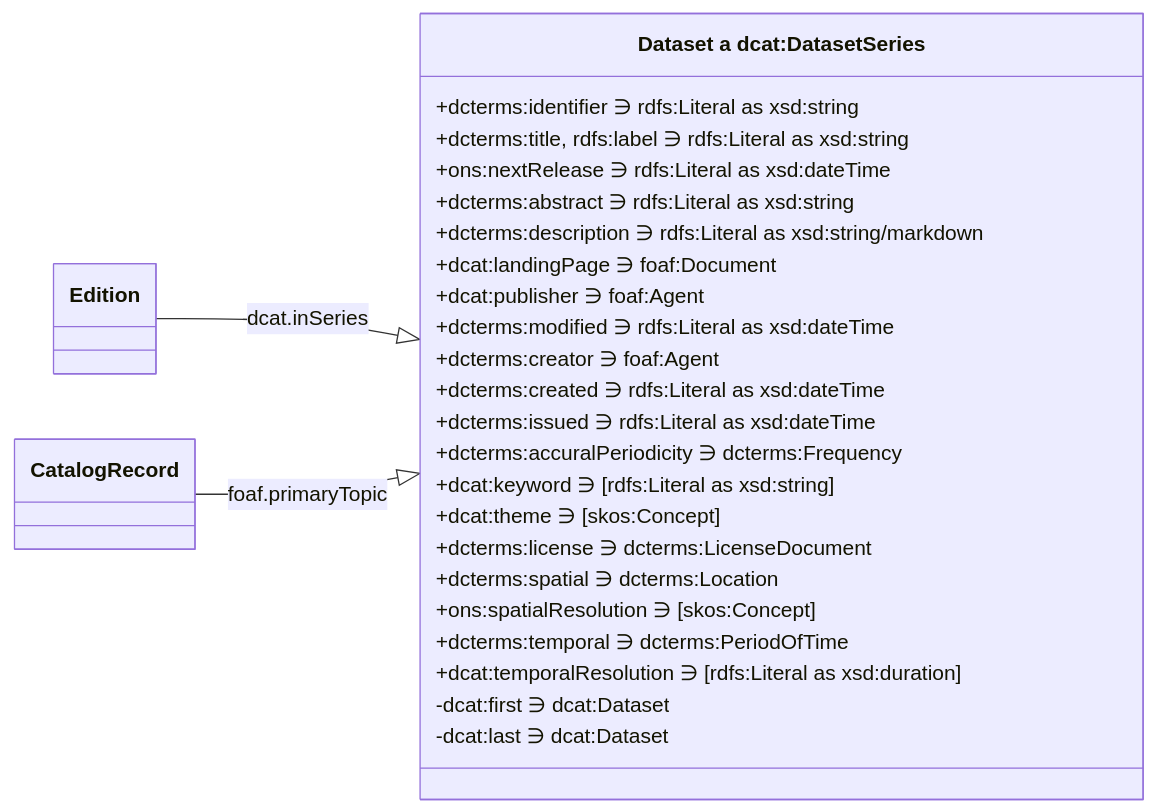
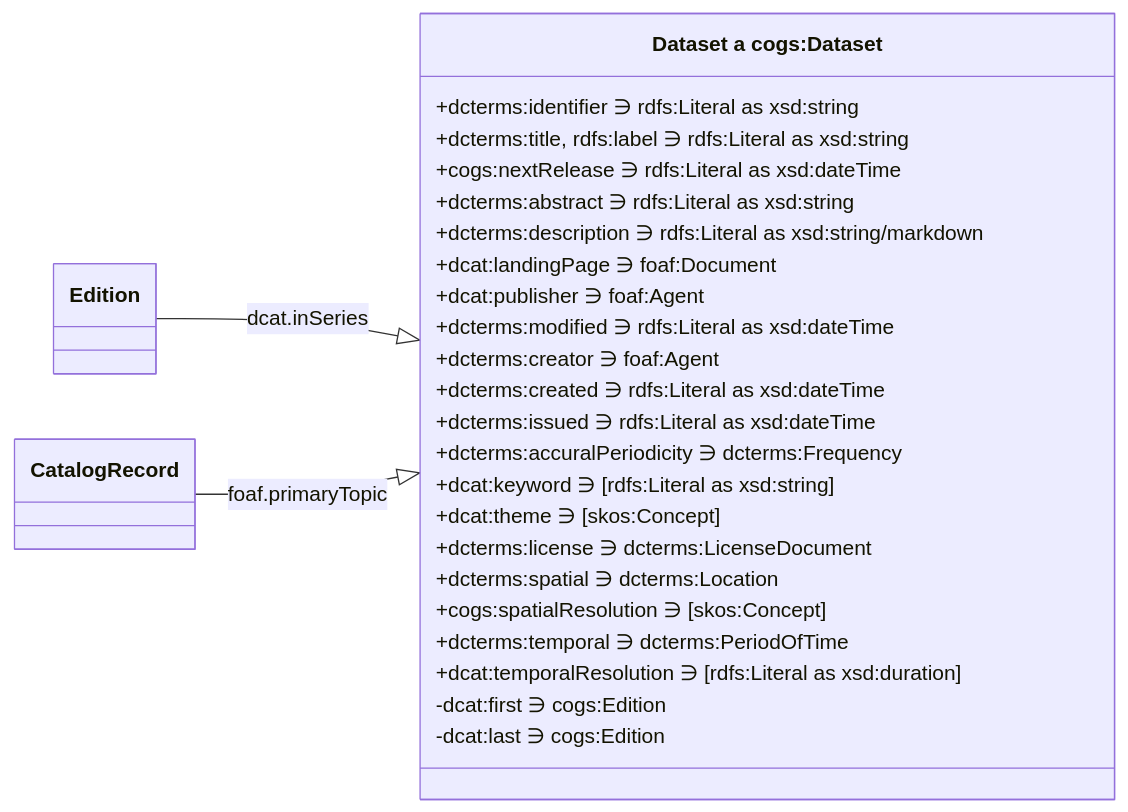
One commit to ONSdigital/application-profile changed the second of 5 diagrams in README.md. Above: the diagram before and after it, drawn with Mermaid. The commit also changed other lines of this file and 11 other files, not shown here.

````diff
--- a/README.md
+++ b/README.md
@@ -240,31 +249,31 @@
 ```mermaid
 classDiagram
     direction LR
 
     Edition --|> Dataset : dcat.inSeries 
     CatalogRecord --|> Dataset : foaf.primaryTopic
 
-    class Dataset["Dataset a dcat:DatasetSeries"] {
+    class Dataset["Dataset a cogs:Dataset"] {
         +dcterms:identifier ∋ rdfs:Literal as xsd:string
         +dcterms:title, rdfs:label ∋ rdfs:Literal as xsd:string
-        +ons:nextRelease ∋ rdfs:Literal as xsd:dateTime
+        +cogs:nextRelease ∋ rdfs:Literal as xsd:dateTime
         +dcterms:abstract ∋ rdfs:Literal as xsd:string
         +dcterms:description ∋ rdfs:Literal as xsd:string/markdown
         +dcat:landingPage ∋ foaf:Document
         +dcat:publisher ∋ foaf:Agent
         +dcterms:modified ∋ rdfs:Literal as xsd:dateTime
         +dcterms:creator ∋ foaf:Agent
         +dcterms:created ∋ rdfs:Literal as xsd:dateTime
         +dcterms:issued ∋ rdfs:Literal as xsd:dateTime
         +dcterms:accuralPeriodicity ∋ dcterms:Frequency
         +dcat:keyword ∋ [rdfs:Literal as xsd:string]
         +dcat:theme ∋ [skos:Concept]
         +dcterms:license ∋ dcterms:LicenseDocument
         +dcterms:spatial ∋ dcterms:Location
-        +ons:spatialResolution ∋ [skos:Concept]
+        +cogs:spatialResolution ∋ [skos:Concept]
         +dcterms:temporal ∋ dcterms:PeriodOfTime
         +dcat:temporalResolution ∋ [rdfs:Literal as xsd:duration]
-        -dcat:first ∋ dcat:Dataset
-        -dcat:last ∋ dcat:Dataset
+        -dcat:first ∋ cogs:Edition
+        -dcat:last ∋ cogs:Edition
     }
 ```
````
